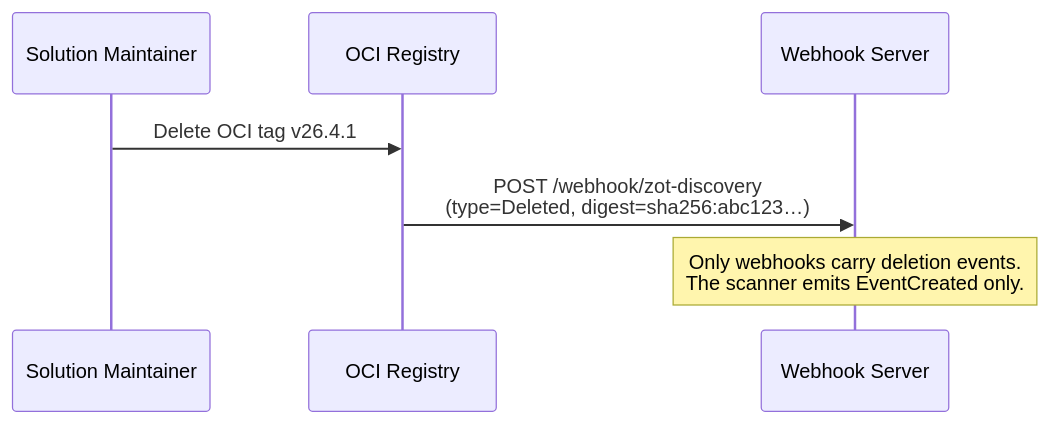
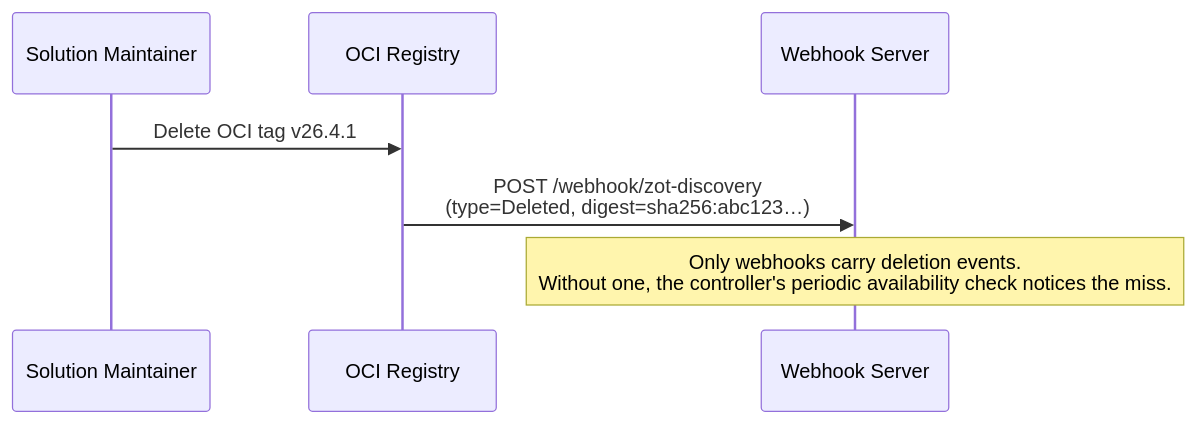
The sixth of 7 diagrams in docs/developer-guide/discovery_pipeline.md (opendefensecloud/solution-arsenal), drawn with Mermaid before and after one commit. The commit also changed other lines of this file and 48 other files, not shown here.

````diff
--- a/docs/developer-guide/discovery_pipeline.md
+++ b/docs/developer-guide/discovery_pipeline.md
@@ -176,10 +176,10 @@
 ```mermaid
 sequenceDiagram
     participant Dev as Solution Maintainer
     participant Reg as OCI Registry
     participant Webhook as Webhook Server
 
     Dev->>Reg: Delete OCI tag v26.4.1
     Reg->>Webhook: POST /webhook/zot-discovery<br/>(type=Deleted, digest=sha256:abc123…)
-    Note over Webhook: Only webhooks carry deletion events.<br/>The scanner emits EventCreated only.
+    Note over Webhook: Only webhooks carry deletion events.<br/>Without one, the controller's periodic availability check notices the miss.
 ```
````
